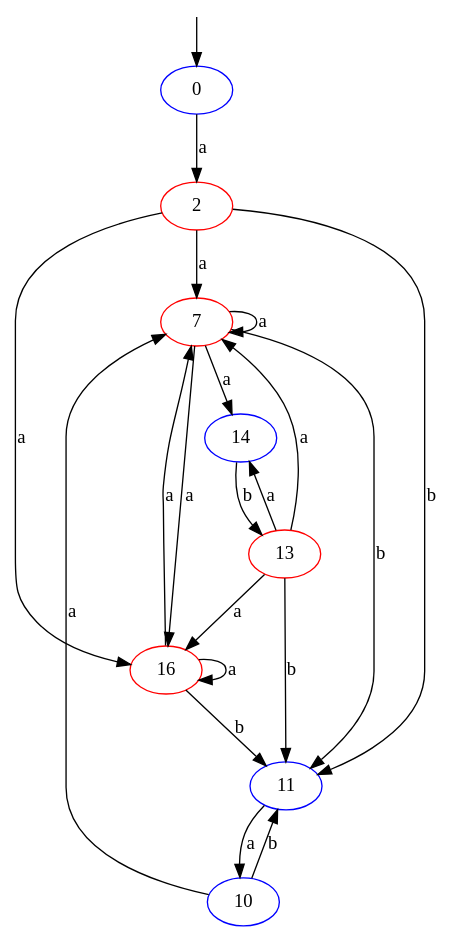
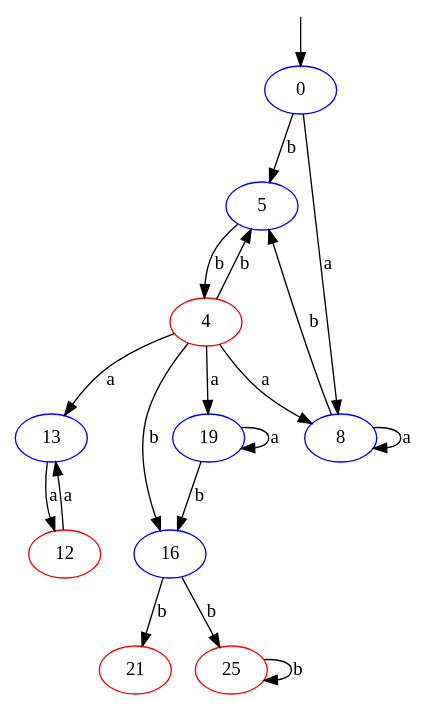
The diagram in img/nfa_without_epsilon.dot (XDLoLiK/autore), drawn with Graphviz before and after one commit. The commit also changed 21 other files, not shown here.

```diff
--- a/img/nfa_without_epsilon.dot
+++ b/img/nfa_without_epsilon.dot
@@ -1,1 +1,1 @@
-digraph G{node [color=blue;];0;node [color=red;];2;node [color=red;];7;node [color=blue;];10;node [color=blue;];11;node [color=red;];13;node [color=blue;];14;node [color=red;];16;node [shape=none;label="";height=0;width=0;];-1;-1->0;0->2[label="a";];2->7[label="a";];2->16[label="a";];2->11[label="b";];7->7[label="a";];7->14[label="a";];7->16[label="a";];7->11[label="b";];10->7[label="a";];10->11[label="b";];11->10[label="a";];13->7[label="a";];13->14[label="a";];13->16[label="a";];13->11[label="b";];14->13[label="b";];16->7[label="a";];16->16[label="a";];16->11[label="b";];}
+digraph G{node [color=blue;];0;node [color=red;];4;node [color=blue;];5;node [color=blue;];8;node [color=red;];12;node [color=blue;];13;node [color=blue;];16;node [color=blue;];19;node [color=red;];21;node [color=red;];25;node [shape=none;label="";height=0;width=0;];-1;-1->0;0->8[label="a";];0->5[label="b";];4->8[label="a";];4->13[label="a";];4->19[label="a";];4->5[label="b";];4->16[label="b";];5->4[label="b";];8->8[label="a";];8->5[label="b";];12->13[label="a";];13->12[label="a";];16->21[label="b";];16->25[label="b";];19->19[label="a";];19->16[label="b";];25->25[label="b";];}
```
